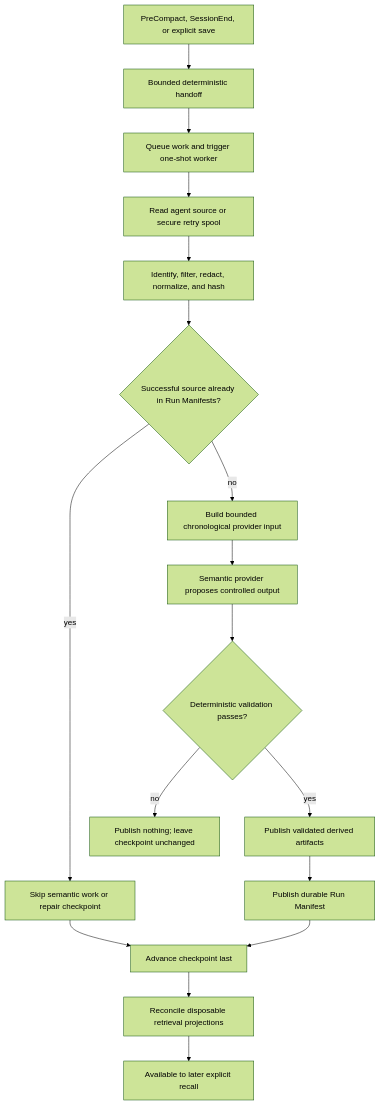
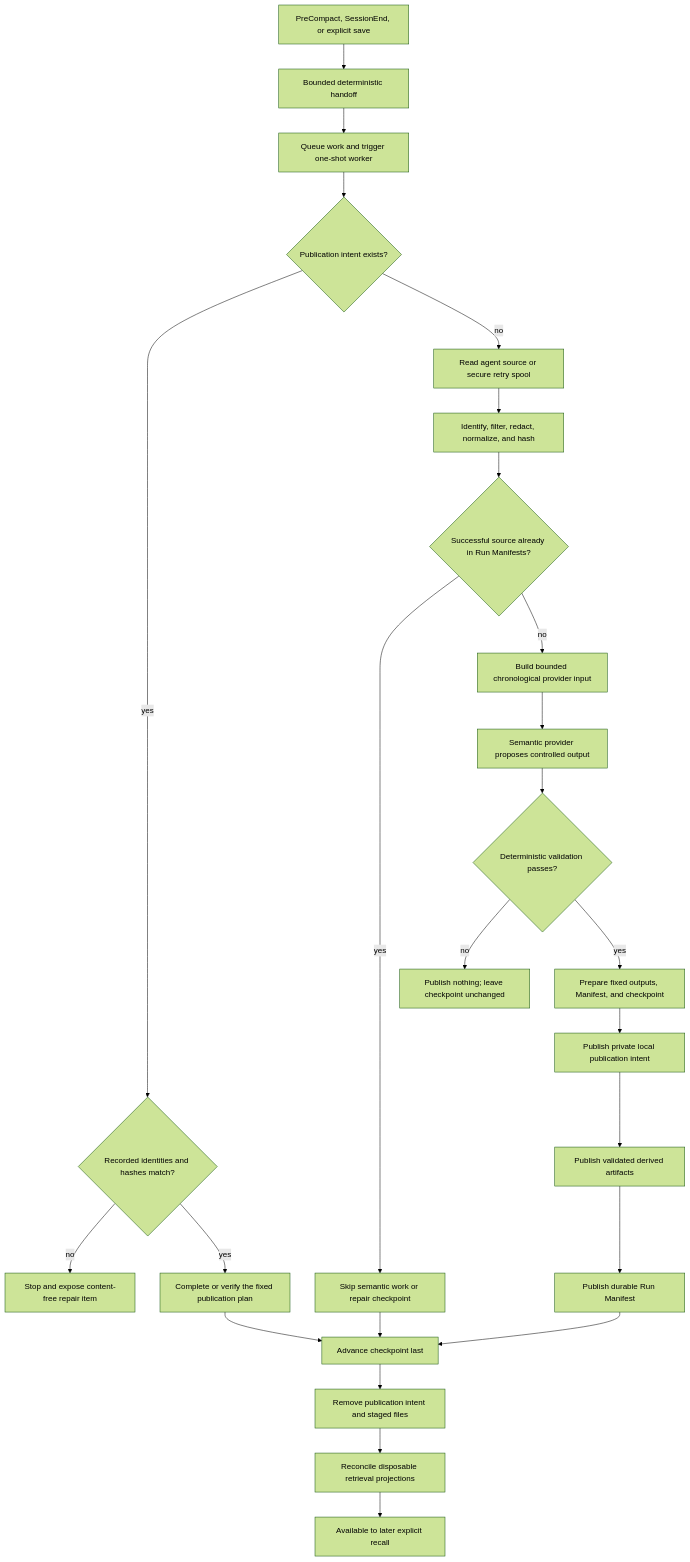
One commit to brightskye/orca changed the diagram in docs/02-architecture/diagrams/processing-flow.mmd. Above: the diagram before and after it, drawn with Mermaid (forest theme). The commit also changed 29 other files, not shown here.

```diff
--- a/docs/02-architecture/diagrams/processing-flow.mmd
+++ b/docs/02-architecture/diagrams/processing-flow.mmd
@@ -1,26 +1,37 @@
 %% Title: Orca Phase 1 Processing Flow
 %% Scope: Accepted intended processing and recovery order; implementation is partial.
 flowchart TD
     Event[PreCompact, SessionEnd, or explicit save]
     Handoff[Bounded deterministic handoff]
     Queue[Queue work and trigger one-shot worker]
+    Pending{Publication intent exists?}
+    Recover{Recorded identities and hashes match?}
+    Complete[Complete or verify the fixed publication plan]
+    Repair[Stop and expose content-free repair item]
     Source[Read agent source or secure retry spool]
     Normalize[Identify, filter, redact, normalize, and hash]
     Dedupe{Successful source already in Run Manifests?}
     Skip[Skip semantic work or repair checkpoint]
     Bound[Build bounded chronological provider input]
     Propose[Semantic provider proposes controlled output]
     Validate{Deterministic validation passes?}
     Retry[Publish nothing; leave checkpoint unchanged]
+    Prepare[Prepare fixed outputs, Manifest, and checkpoint]
+    Intent[Publish private local publication intent]
     Publish[Publish validated derived artifacts]
     Manifest[Publish durable Run Manifest]
     Checkpoint[Advance checkpoint last]
+    Cleanup[Remove publication intent and staged files]
     Reconcile[Reconcile disposable retrieval projections]
     Available[Available to later explicit recall]
 
-    Event --> Handoff --> Queue --> Source --> Normalize --> Dedupe
+    Event --> Handoff --> Queue --> Pending
+    Pending -->|yes| Recover
+    Recover -->|no| Repair
+    Recover -->|yes| Complete --> Checkpoint
+    Pending -->|no| Source --> Normalize --> Dedupe
     Dedupe -->|yes| Skip --> Checkpoint
     Dedupe -->|no| Bound --> Propose --> Validate
     Validate -->|no| Retry
-    Validate -->|yes| Publish --> Manifest --> Checkpoint
-    Checkpoint --> Reconcile --> Available
+    Validate -->|yes| Prepare --> Intent --> Publish --> Manifest --> Checkpoint
+    Checkpoint --> Cleanup --> Reconcile --> Available
```
